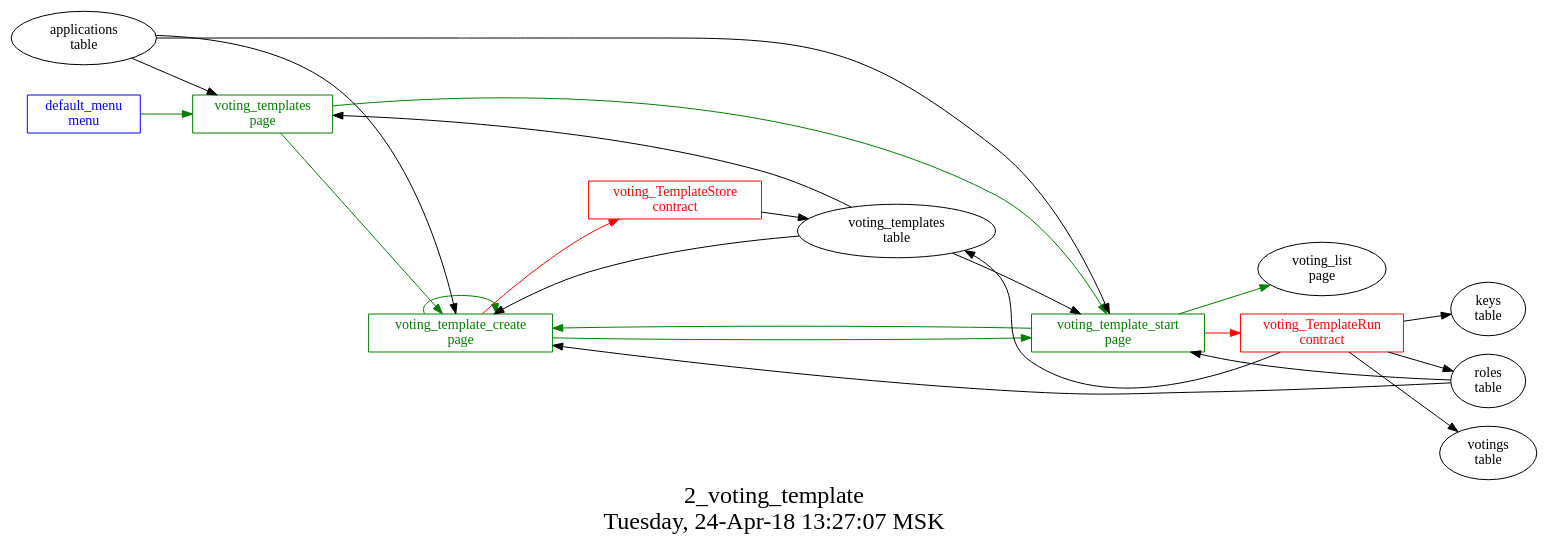
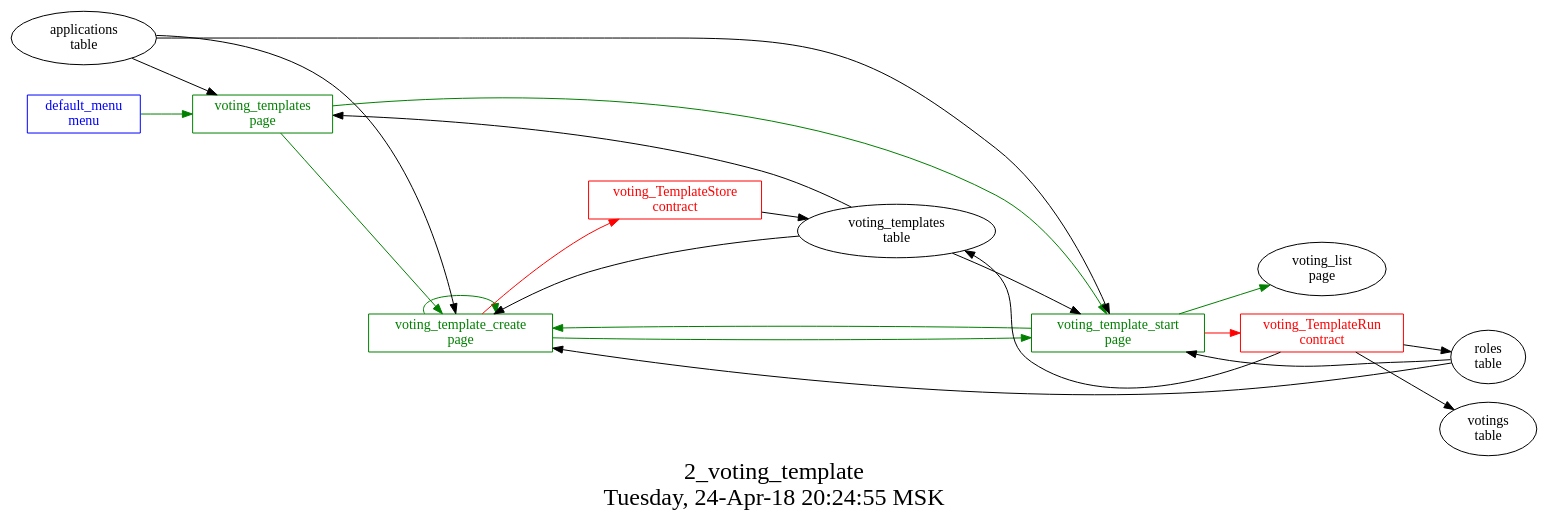
Before and after one commit to AplaProject/apps: the diagram in src/basic/2_voting_templates/struct.dot, drawn with Graphviz. The commit also changed 7 other files, not shown here.

Commit message:
added voting template for VES

```diff
--- a/src/basic/2_voting_templates/struct.dot
+++ b/src/basic/2_voting_templates/struct.dot
@@ -1,39 +1,38 @@
 digraph G {
 graph [
   fontsize="24";
-  label="2_voting_template\nTuesday, 24-Apr-18 13:27:07 MSK";
+  label="2_voting_template\nTuesday, 24-Apr-18 20:24:55 MSK";
   nojustify=true;
   ordering=out;
   rankdir=LR;
   size="30";
 ];
 "default_menu\nmenu" -> "voting_templates\npage"  [ color=green ]
 "default_menu\nmenu" [color=blue, fontcolor=blue, group=menus, shape=record];
 "voting_template_create\npage" -> "voting_TemplateStore\ncontract"  [ color=red ]
 "applications\ntable" -> "voting_template_create\npage"  [ color="" ]
 "voting_templates\ntable" -> "voting_template_create\npage"  [ color="" ]
 "roles\ntable" -> "voting_template_create\npage"  [ color="" ]
 "voting_template_create\npage" -> "voting_template_create\npage"  [ color=green ]
 "voting_template_create\npage" -> "voting_template_start\npage"  [ color=green ]
 "voting_template_create\npage" [color=green, fontcolor=green, group=pages, shape=record];
 "voting_template_start\npage" -> "voting_TemplateRun\ncontract"  [ color=red ]
 "applications\ntable" -> "voting_template_start\npage"  [ color="" ]
 "voting_templates\ntable" -> "voting_template_start\npage"  [ color="" ]
 "roles\ntable" -> "voting_template_start\npage"  [ color="" ]
 "voting_template_start\npage" -> "voting_template_create\npage"  [ color=green ]
 "voting_template_start\npage" -> "voting_list\npage"  [ color=green ]
 "voting_template_start\npage" [color=green, fontcolor=green, group=pages, shape=record];
 "applications\ntable" -> "voting_templates\npage"  [ color="" ]
 "voting_templates\ntable" -> "voting_templates\npage"  [ color="" ]
 "voting_templates\npage" -> "voting_template_start\npage"  [ color=green ]
 "voting_templates\npage" -> "voting_template_create\npage"  [ color=green ]
 "voting_templates\npage" [color=green, fontcolor=green, group=pages, shape=record];
 "voting_TemplateRun\ncontract" -> "voting_templates\ntable"  [ color="" ]
-"voting_TemplateRun\ncontract" -> "keys\ntable"  [ color="" ]
 "voting_TemplateRun\ncontract" -> "roles\ntable"  [ color="" ]
 "voting_TemplateRun\ncontract" -> "votings\ntable"  [ color="" ]
 "voting_TemplateRun\ncontract" [color=red, fontcolor=red, group=contracts, shape=record];
 "voting_TemplateStore\ncontract" -> "voting_templates\ntable"  [ color="" ]
 "voting_TemplateStore\ncontract" [color=red, fontcolor=red, group=contracts, shape=record];
 "voting_templates\ntable" [color="", fontcolor="", group=tables, shape=""];
 }
```
